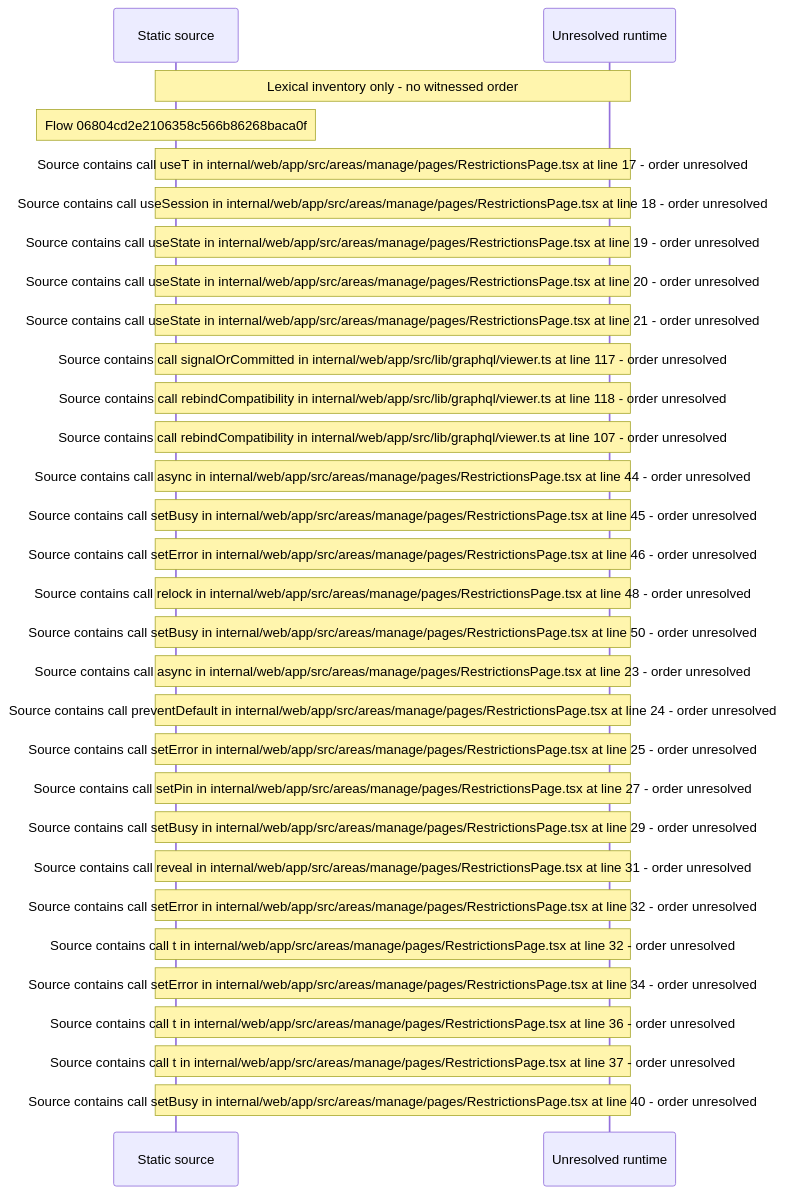
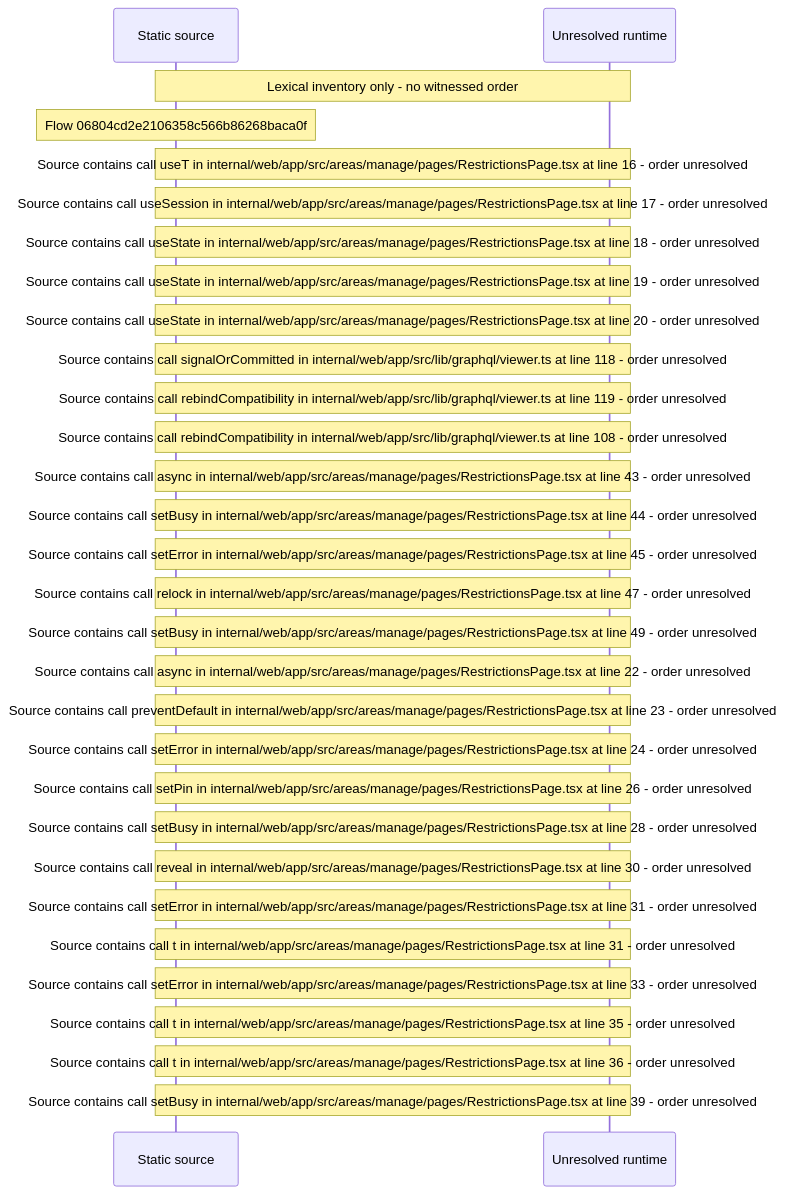
The diagram in docs/web/flows/generated/06804cd2e2106358c566b86268baca0f/flow-diagram.md (beamfall/core), drawn with Mermaid before and after one commit. The commit also changed other lines of this file and 715 other files, not shown here.

First line of the commit message:
Regenerate the web flow record on main after CORE-1117

````diff
--- a/docs/web/flows/generated/06804cd2e2106358c566b86268baca0f/flow-diagram.md
+++ b/docs/web/flows/generated/06804cd2e2106358c566b86268baca0f/flow-diagram.md
@@ -10,32 +10,32 @@
 ```mermaid
 sequenceDiagram
     participant S as Static source
     participant U as Unresolved runtime
     Note over S,U: Lexical inventory only - no witnessed order
     Note over S: Flow 06804cd2e2106358c566b86268baca0f
-    Note over S,U: Source contains call useT in internal/web/app/src/areas/manage/pages/RestrictionsPage.tsx at line 17 - order unresolved
-    Note over S,U: Source contains call useSession in internal/web/app/src/areas/manage/pages/RestrictionsPage.tsx at line 18 - order unresolved
+    Note over S,U: Source contains call useT in internal/web/app/src/areas/manage/pages/RestrictionsPage.tsx at line 16 - order unresolved
+    Note over S,U: Source contains call useSession in internal/web/app/src/areas/manage/pages/RestrictionsPage.tsx at line 17 - order unresolved
+    Note over S,U: Source contains call useState in internal/web/app/src/areas/manage/pages/RestrictionsPage.tsx at line 18 - order unresolved
     Note over S,U: Source contains call useState in internal/web/app/src/areas/manage/pages/RestrictionsPage.tsx at line 19 - order unresolved
     Note over S,U: Source contains call useState in internal/web/app/src/areas/manage/pages/RestrictionsPage.tsx at line 20 - order unresolved
-    Note over S,U: Source contains call useState in internal/web/app/src/areas/manage/pages/RestrictionsPage.tsx at line 21 - order unresolved
-    Note over S,U: Source contains call signalOrCommitted in internal/web/app/src/lib/graphql/viewer.ts at line 117 - order unresolved
-    Note over S,U: Source contains call rebindCompatibility in internal/web/app/src/lib/graphql/viewer.ts at line 118 - order unresolved
-    Note over S,U: Source contains call rebindCompatibility in internal/web/app/src/lib/graphql/viewer.ts at line 107 - order unresolved
-    Note over S,U: Source contains call async in internal/web/app/src/areas/manage/pages/RestrictionsPage.tsx at line 44 - order unresolved
-    Note over S,U: Source contains call setBusy in internal/web/app/src/areas/manage/pages/RestrictionsPage.tsx at line 45 - order unresolved
-    Note over S,U: Source contains call setError in internal/web/app/src/areas/manage/pages/RestrictionsPage.tsx at line 46 - order unresolved
-    Note over S,U: Source contains call relock in internal/web/app/src/areas/manage/pages/RestrictionsPage.tsx at line 48 - order unresolved
-    Note over S,U: Source contains call setBusy in internal/web/app/src/areas/manage/pages/RestrictionsPage.tsx at line 50 - order unresolved
-    Note over S,U: Source contains call async in internal/web/app/src/areas/manage/pages/RestrictionsPage.tsx at line 23 - order unresolved
-    Note over S,U: Source contains call preventDefault in internal/web/app/src/areas/manage/pages/RestrictionsPage.tsx at line 24 - order unresolved
-    Note over S,U: Source contains call setError in internal/web/app/src/areas/manage/pages/RestrictionsPage.tsx at line 25 - order unresolved
-    Note over S,U: Source contains call setPin in internal/web/app/src/areas/manage/pages/RestrictionsPage.tsx at line 27 - order unresolved
-    Note over S,U: Source contains call setBusy in internal/web/app/src/areas/manage/pages/RestrictionsPage.tsx at line 29 - order unresolved
-    Note over S,U: Source contains call reveal in internal/web/app/src/areas/manage/pages/RestrictionsPage.tsx at line 31 - order unresolved
-    Note over S,U: Source contains call setError in internal/web/app/src/areas/manage/pages/RestrictionsPage.tsx at line 32 - order unresolved
-    Note over S,U: Source contains call t in internal/web/app/src/areas/manage/pages/RestrictionsPage.tsx at line 32 - order unresolved
-    Note over S,U: Source contains call setError in internal/web/app/src/areas/manage/pages/RestrictionsPage.tsx at line 34 - order unresolved
+    Note over S,U: Source contains call signalOrCommitted in internal/web/app/src/lib/graphql/viewer.ts at line 118 - order unresolved
+    Note over S,U: Source contains call rebindCompatibility in internal/web/app/src/lib/graphql/viewer.ts at line 119 - order unresolved
+    Note over S,U: Source contains call rebindCompatibility in internal/web/app/src/lib/graphql/viewer.ts at line 108 - order unresolved
+    Note over S,U: Source contains call async in internal/web/app/src/areas/manage/pages/RestrictionsPage.tsx at line 43 - order unresolved
+    Note over S,U: Source contains call setBusy in internal/web/app/src/areas/manage/pages/RestrictionsPage.tsx at line 44 - order unresolved
+    Note over S,U: Source contains call setError in internal/web/app/src/areas/manage/pages/RestrictionsPage.tsx at line 45 - order unresolved
+    Note over S,U: Source contains call relock in internal/web/app/src/areas/manage/pages/RestrictionsPage.tsx at line 47 - order unresolved
+    Note over S,U: Source contains call setBusy in internal/web/app/src/areas/manage/pages/RestrictionsPage.tsx at line 49 - order unresolved
+    Note over S,U: Source contains call async in internal/web/app/src/areas/manage/pages/RestrictionsPage.tsx at line 22 - order unresolved
+    Note over S,U: Source contains call preventDefault in internal/web/app/src/areas/manage/pages/RestrictionsPage.tsx at line 23 - order unresolved
+    Note over S,U: Source contains call setError in internal/web/app/src/areas/manage/pages/RestrictionsPage.tsx at line 24 - order unresolved
+    Note over S,U: Source contains call setPin in internal/web/app/src/areas/manage/pages/RestrictionsPage.tsx at line 26 - order unresolved
+    Note over S,U: Source contains call setBusy in internal/web/app/src/areas/manage/pages/RestrictionsPage.tsx at line 28 - order unresolved
+    Note over S,U: Source contains call reveal in internal/web/app/src/areas/manage/pages/RestrictionsPage.tsx at line 30 - order unresolved
+    Note over S,U: Source contains call setError in internal/web/app/src/areas/manage/pages/RestrictionsPage.tsx at line 31 - order unresolved
+    Note over S,U: Source contains call t in internal/web/app/src/areas/manage/pages/RestrictionsPage.tsx at line 31 - order unresolved
+    Note over S,U: Source contains call setError in internal/web/app/src/areas/manage/pages/RestrictionsPage.tsx at line 33 - order unresolved
+    Note over S,U: Source contains call t in internal/web/app/src/areas/manage/pages/RestrictionsPage.tsx at line 35 - order unresolved
     Note over S,U: Source contains call t in internal/web/app/src/areas/manage/pages/RestrictionsPage.tsx at line 36 - order unresolved
-    Note over S,U: Source contains call t in internal/web/app/src/areas/manage/pages/RestrictionsPage.tsx at line 37 - order unresolved
-    Note over S,U: Source contains call setBusy in internal/web/app/src/areas/manage/pages/RestrictionsPage.tsx at line 40 - order unresolved
+    Note over S,U: Source contains call setBusy in internal/web/app/src/areas/manage/pages/RestrictionsPage.tsx at line 39 - order unresolved
 ```
````
